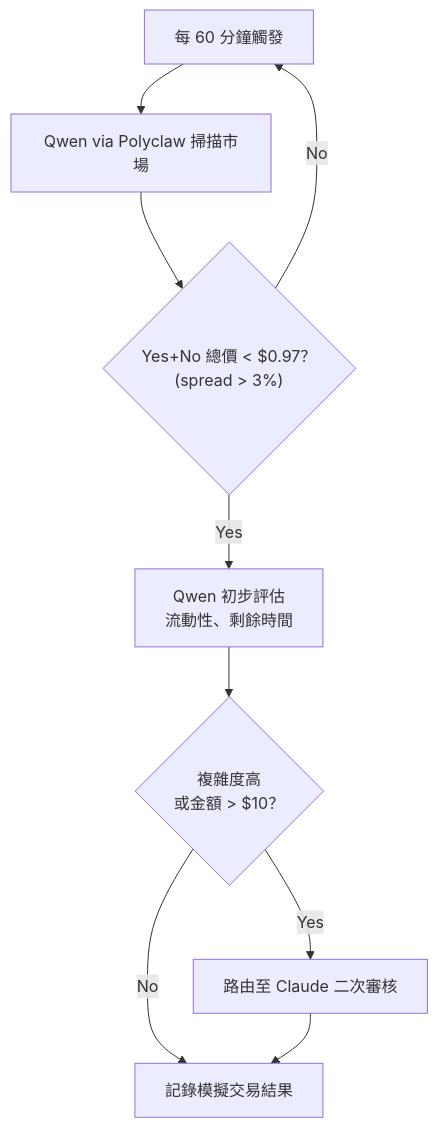
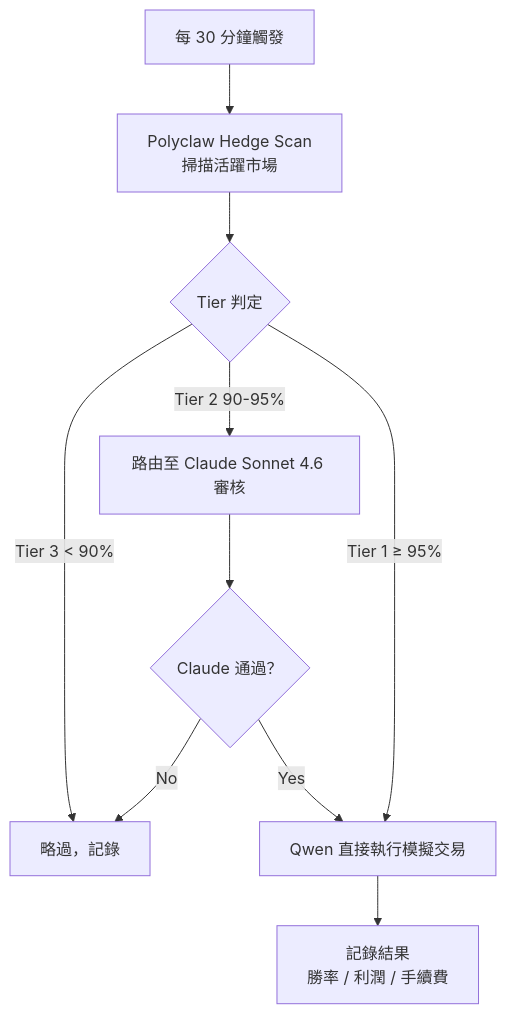
One commit to nrnmnrn/openclaw_on_polymarket-plan changed the second of 2 diagrams in CURRENT_SPEC.md. Above: the diagram before and after it, drawn with Mermaid. The commit also changed other lines of this file and 2 other files, not shown here.

First line of the commit message:
upgrade strategy from yes_no_spread to hedge_scan with Tier-based routing

````diff
--- a/CURRENT_SPEC.md
+++ b/CURRENT_SPEC.md
@@ -105,11 +108,12 @@
 ```mermaid
 flowchart TD
-    A["每 60 分鐘觸發"] --> B["Qwen via Polyclaw 掃描市場"]
-    B --> C{"Yes+No 總價 < $0.97？<br>(spread > 3%)"}
-    C -->|No| A
-    C -->|Yes| D["Qwen 初步評估<br>流動性、剩餘時間"]
-    D --> E{"複雜度高<br>或金額 > $10？"}
-    E -->|Yes| F["路由至 Claude 二次審核"]
-    E -->|No| G["記錄模擬交易結果"]
-    F --> G
+    A["每 30 分鐘觸發"] --> B["Polyclaw Hedge Scan\n掃描活躍市場"]
+    B --> C{"Tier 判定"}
+    C -->|"Tier 3 &lt; 90%"| D["略過，記錄"]
+    C -->|"Tier 2 90-95%"| E["路由至 Claude Sonnet 4.6 審核"]
+    C -->|"Tier 1 ≥ 95%"| F["Qwen 直接執行模擬交易"]
+    E --> G{"Claude 通過？"}
+    G -->|No| D
+    G -->|Yes| F
+    F --> H["記錄結果\n勝率 / 利潤 / 手續費"]
 ```
````
